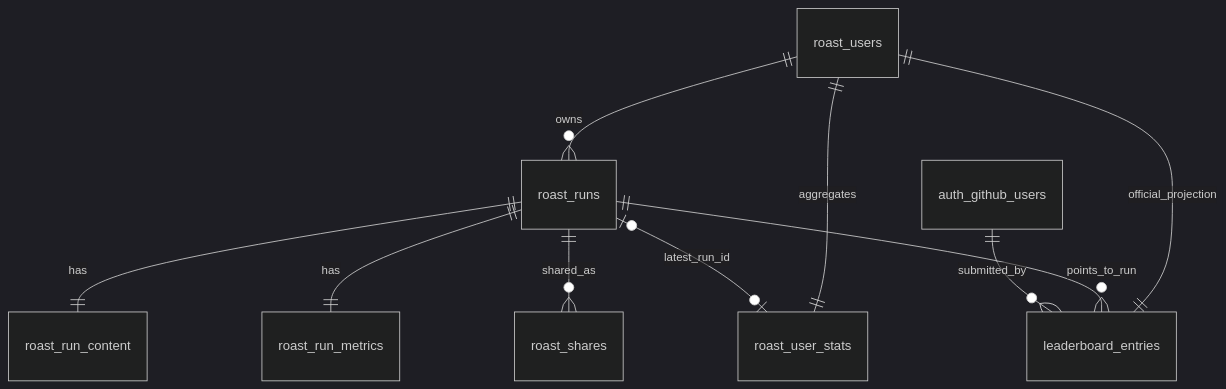
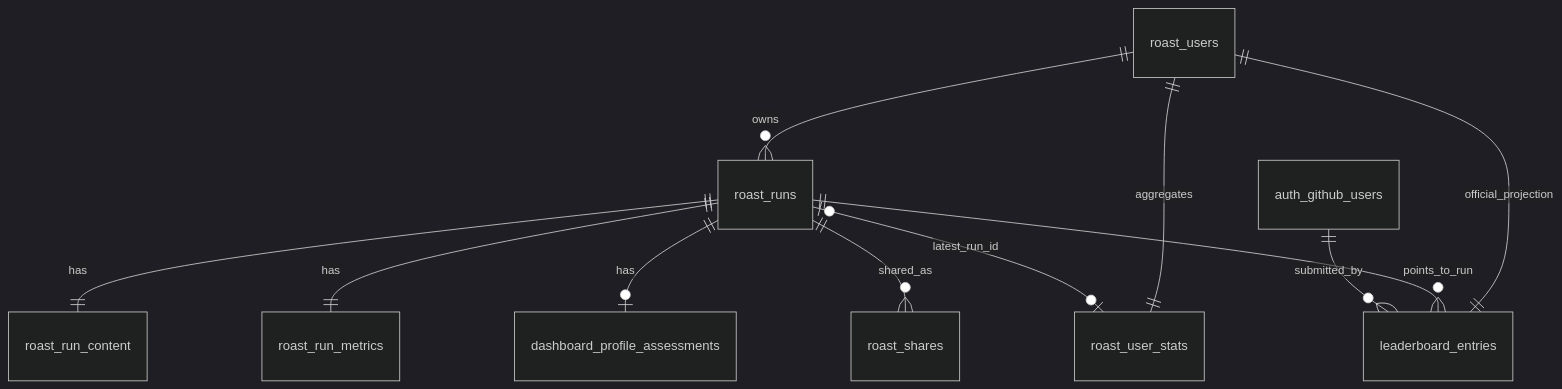
The diagram in docs/roast/database.md (lafllamme/grill-me), drawn with Mermaid (dark theme) before and after one commit. The commit also changed other lines of this file and 2 other files, not shown here.

Commit message:
feat: add dashboard assessment migration

````diff
--- a/docs/roast/database.md
+++ b/docs/roast/database.md
@@ -7,13 +7,14 @@
 ```mermaid
 erDiagram
   roast_users ||--o{ roast_runs : owns
   roast_runs ||--|| roast_run_content : has
   roast_runs ||--|| roast_run_metrics : has
+  roast_runs ||--o| dashboard_profile_assessments : has
   roast_users ||--|| roast_user_stats : aggregates
   roast_runs o|--o| roast_user_stats : latest_run_id
 
   roast_runs ||--o{ roast_shares : shared_as
   roast_users ||--|| leaderboard_entries : official_projection
   roast_runs ||--o{ leaderboard_entries : points_to_run
   auth_github_users ||--o{ leaderboard_entries : submitted_by
 ```
````
